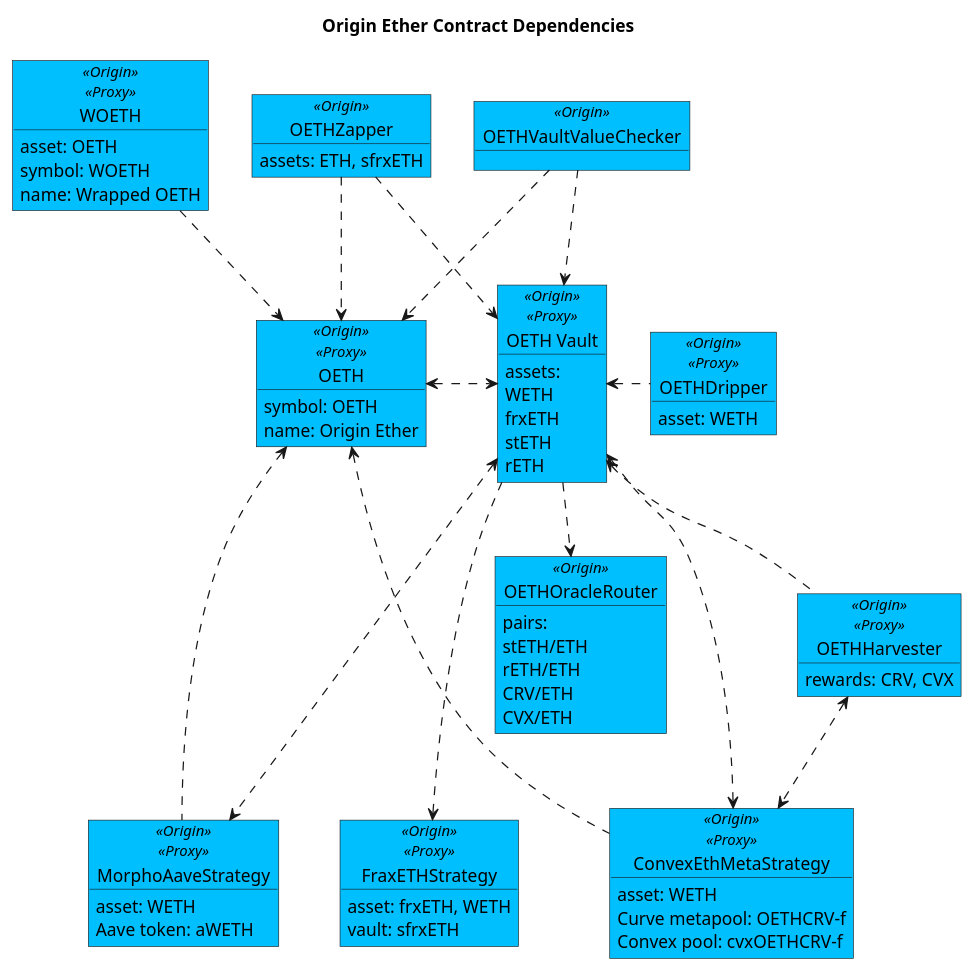
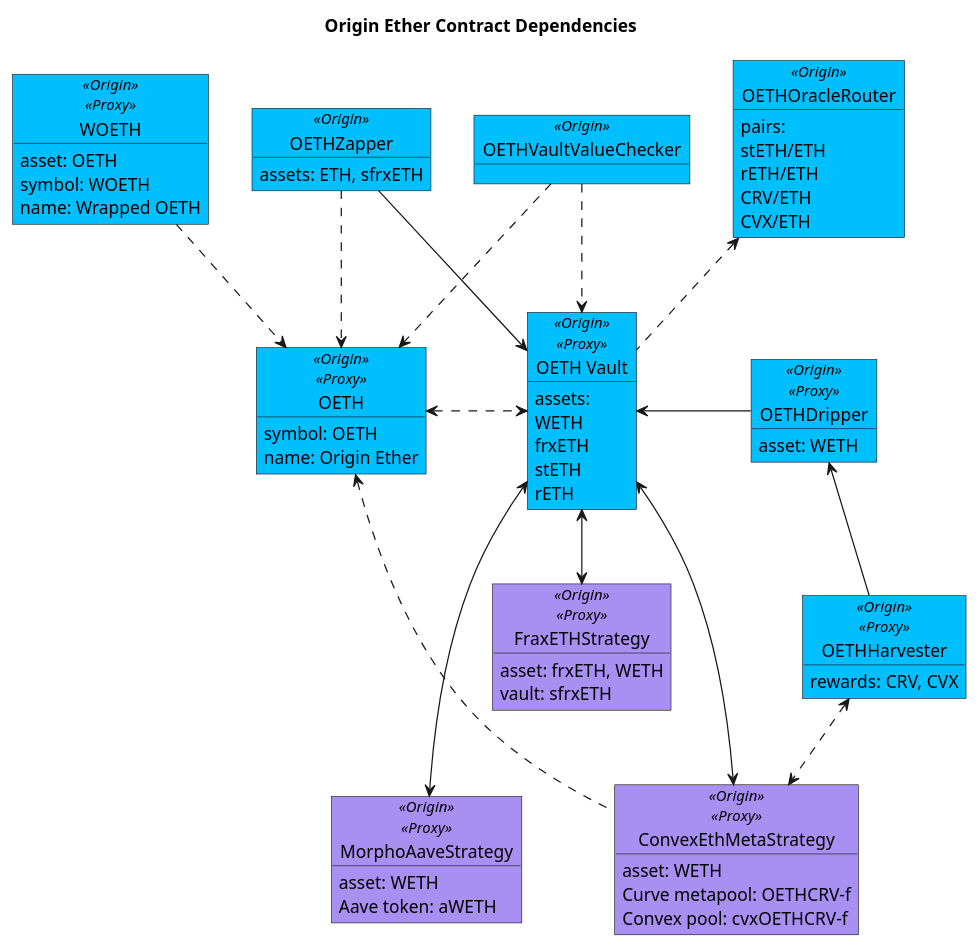
One commit to OriginProtocol/origin-dollar changed the diagram in contracts/docs/plantuml/oethContracts.puml. Above: the diagram before and after it, drawn with PlantUML. The commit also changed 1 other file, not shown here.

Commit message:
OETH Diagram Tweaks

```diff
--- a/contracts/docs/plantuml/oethContracts.puml
+++ b/contracts/docs/plantuml/oethContracts.puml
@@ -37,16 +37,17 @@
 }
 
 ' Strategies
-object "FraxETHStrategy" as frxethstrat <<Origin>><<Proxy>> #DeepSkyBlue {
+
+object "FraxETHStrategy" as frxethstrat <<Origin>><<Proxy>> #a88ff2 {
     asset: frxETH, WETH
     vault: sfrxETH
 }
-object "ConvexEthMetaStrategy" as cvxStrat <<Origin>><<Proxy>> #DeepSkyBlue {
+object "ConvexEthMetaStrategy" as cvxStrat <<Origin>><<Proxy>> #a88ff2 {
     asset: WETH
     Curve metapool: OETHCRV-f
     Convex pool: cvxOETHCRV-f
 }
-object "MorphoAaveStrategy" as morphAaveStrat <<Origin>><<Proxy>> #DeepSkyBlue {
+object "MorphoAaveStrategy" as morphAaveStrat <<Origin>><<Proxy>> #a88ff2 {
     asset: WETH
     Aave token: aWETH
 }
@@ -145,35 +146,35 @@
 ' }
 
 zap ..> oeth
-zap ..> oethv
+zap --> oethv
 ' zap ....> sfrxeth
 ' zap .....> frxeth
 ' zap .....> weth
 
 ' drip .....> weth
-oethv <. drip
+oethv <-r- drip
 
 checker ..> oeth
 checker ..> oethv
 
-oethv <.. harv 
+drip <-- harv 
 ' harv ...> sushi
 ' harv ...> cvx
 ' harv ...> crv
 
 woeth ..> oeth
 oeth <.> oethv
-oethv ..> oracle
+oethv .u.> oracle
 ' oracle ...> chain
 
 
 ' Staked FRAX ETH Strategy
-oethv ...> frxethstrat
+oethv <--> frxethstrat
 ' frxethstrat ..> sfrxeth
 
 ' Convex ETH Metapool Strategy
 harv <..> cvxStrat
-oethv <...> cvxStrat
+oethv <---> cvxStrat
 oeth <... cvxStrat
 
 ' cvxStrat ..> crvPool
@@ -188,8 +189,7 @@
 ' oeth <... crvPool
 
 ' Morpho Aave Strategy
-oethv <...> morphAaveStrat
-oeth <... morphAaveStrat
+oethv <---> morphAaveStrat
 ' morphAaveStrat ..> morphoV2
 ' morphAaveStrat ..> morphoLens
 ' morphoLens .> morphoV2
```
